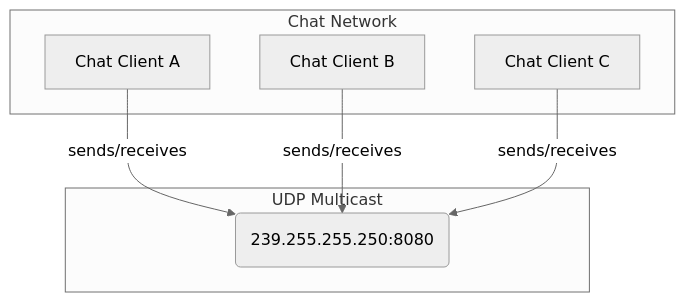
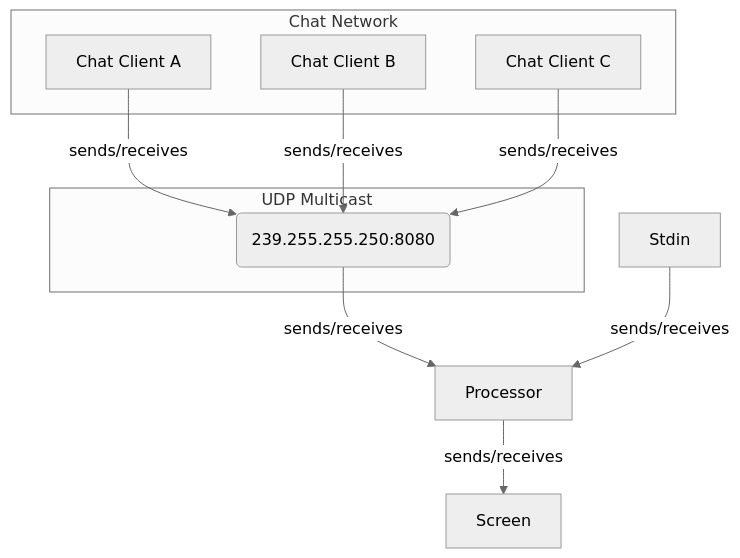
One commit to devfire/agora changed the diagram in README.md. Above: the diagram before and after it, drawn with Mermaid (neutral theme). The commit also changed other lines of this file, not shown here.

Commit message:
updated diagrams

````diff
--- a/README.md
+++ b/README.md
@@ -42,16 +49,20 @@
 ```mermaid
 graph TD
     subgraph Chat Network
         ClientA[Chat Client A]
         ClientB[Chat Client B]
         ClientC[Chat Client C]
     end
 
     subgraph UDP Multicast
         NetworkLayer(239.255.255.250:8080)
     end
 
     ClientA -- sends/receives --> NetworkLayer
     ClientB -- sends/receives --> NetworkLayer
     ClientC -- sends/receives --> NetworkLayer
+
+    NetworkLayer -- sends/receives --> Processor
+    Stdin -- sends/receives --> Processor
+    Processor -- sends/receives --> Screen
 ```
````
